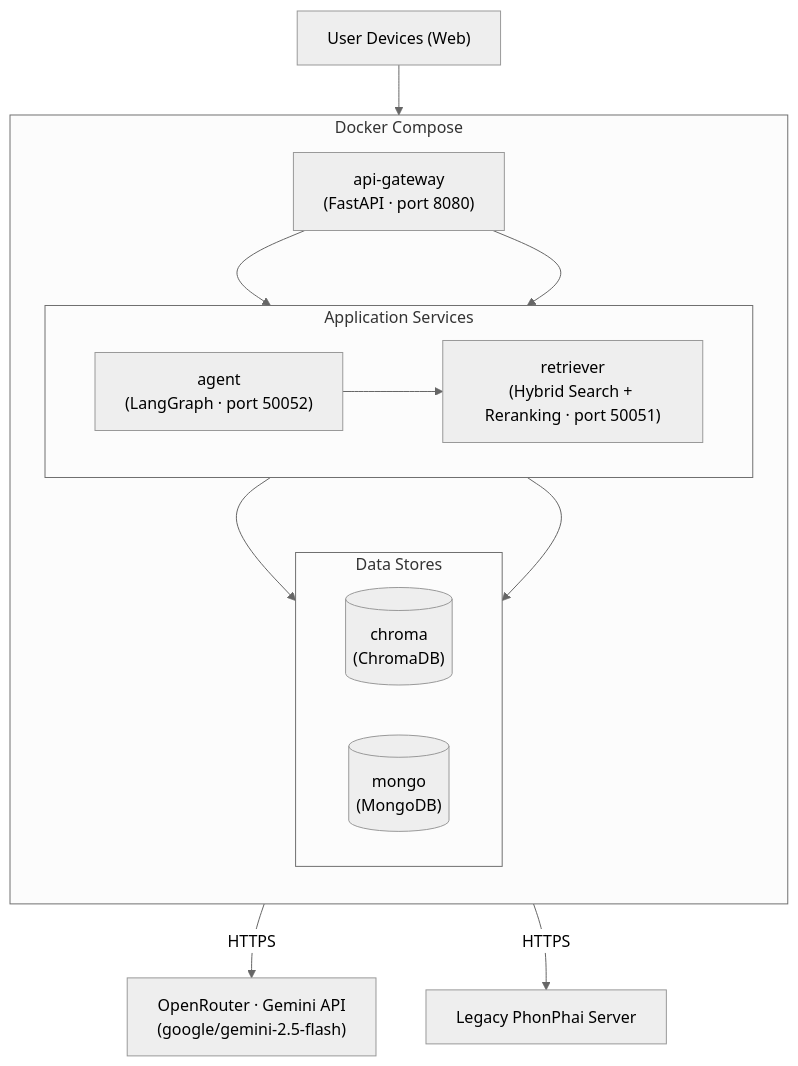
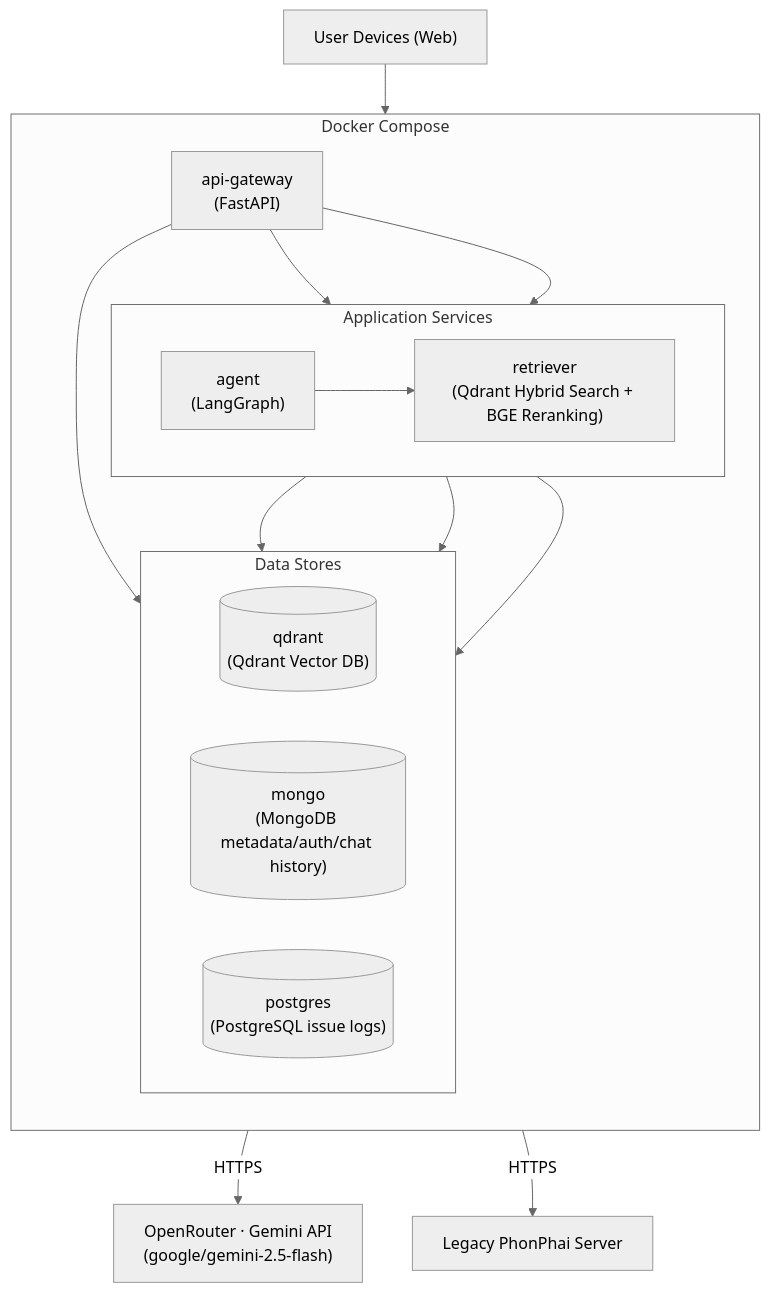
The diagram in diagram/Deployment_corrected.mmd (Alarm24/PhonphaiChatbot), drawn with Mermaid (neutral theme) before and after one commit. The commit also changed other lines of this file and 20 other files, not shown here.

Commit message:
[ADD]updateDiagram

```diff
--- a/diagram/Deployment_corrected.mmd
+++ b/diagram/Deployment_corrected.mmd
@@ -1,34 +1,36 @@
-
 flowchart TD
     UserDev["User Devices (Web)"]
 
     subgraph Docker["Docker Compose"]
         direction TB
-        ApiGw["api-gateway<br/>(FastAPI · port 8080)"]
+        ApiGw["api-gateway<br/>(FastAPI)"]
 
         subgraph AppServices["Application Services"]
             direction LR
-            AgentSvc["agent<br/>(LangGraph · port 50052)"]
-            RetrieverSvc["retriever<br/>(Hybrid Search + Reranking · port 50051)"]
+            AgentSvc["agent<br/>(LangGraph)"]
+            RetrieverSvc["retriever<br/>(Qdrant Hybrid Search + BGE Reranking)"]
         end
 
         subgraph DataStores["Data Stores"]
             direction LR
-            Chroma[("chroma<br/>(ChromaDB)")]
-            Mongo[("mongo<br/>(MongoDB)")]
+            Qdrant[("qdrant<br/>(Qdrant Vector DB)")]
+            Mongo[("mongo<br/>(MongoDB metadata/auth/chat history)")]
+            Postgres[("postgres<br/>(PostgreSQL issue logs)")]
         end
 
         ApiGw --> AgentSvc
         ApiGw --> RetrieverSvc
+        ApiGw --> Mongo
         AgentSvc --> RetrieverSvc
-        RetrieverSvc --> Chroma
+        AgentSvc --> Postgres
+        RetrieverSvc --> Qdrant
         RetrieverSvc --> Mongo
     end
 
     UserDev --> ApiGw
 
     Gemini["OpenRouter · Gemini API<br/>(google/gemini-2.5-flash)"]
     Legacy["Legacy PhonPhai Server"]
 
     AgentSvc -- "HTTPS" --> Gemini
     AgentSvc -- "HTTPS" --> Legacy
```
